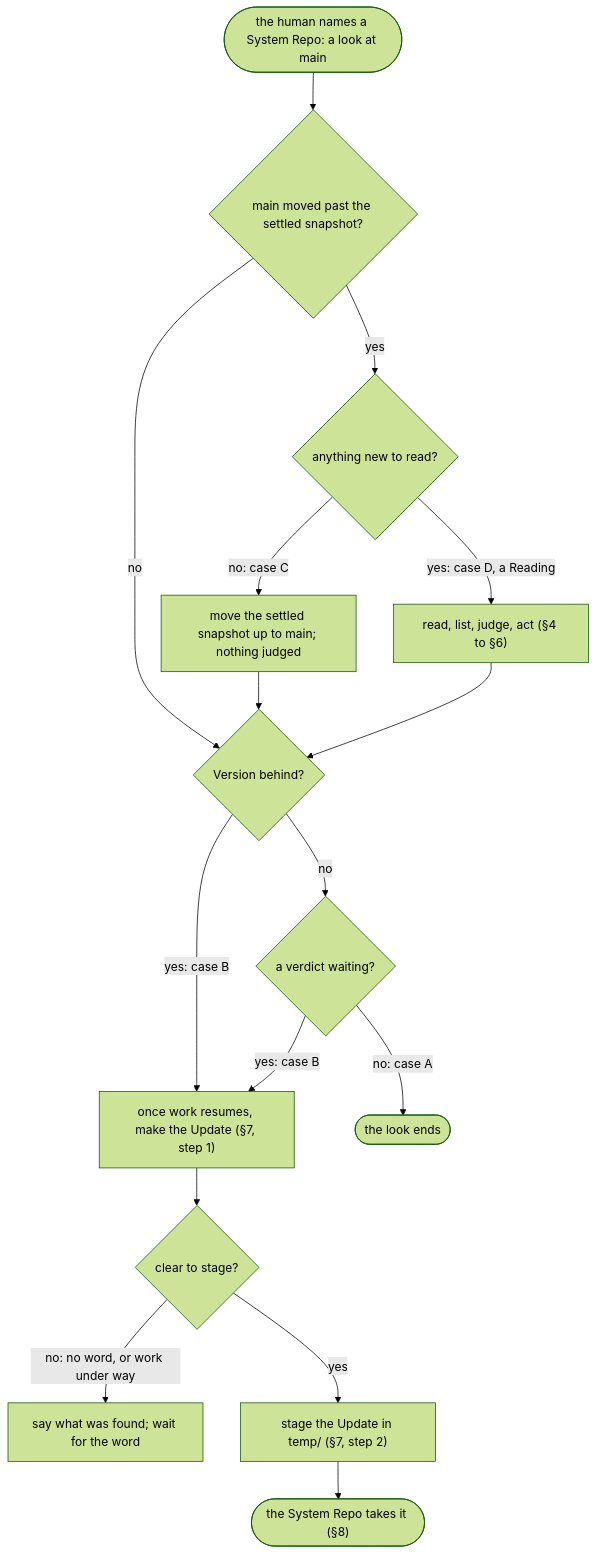
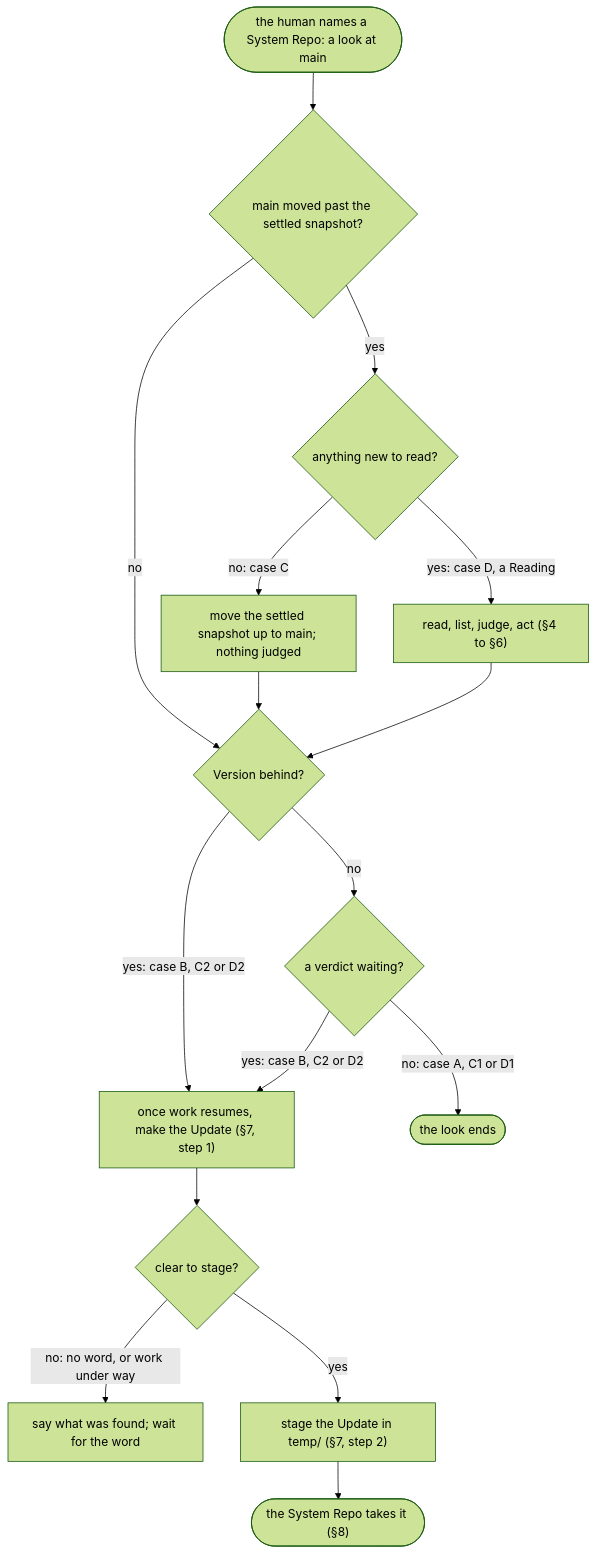
The diagram in temp/common-ground/system-repo-change-flow.md (edgaras87/correctness-by-construction), drawn with Mermaid (forest theme) before and after one commit. The commit also changed other lines of this file and 2 other files, not shown here.

Commit message:
docs: temp's look ends in one of six cases
After case C or D the look asked check 3 again, and so also reached
case A or B, against "one of four cases". The flow file held this
open; the simulation did not.

C and D are each split by check 3's answer: 1, nothing follows; 2,
an Update follows. A and B keep their names, and "C or D" in §8
stays true. In D, check 3 is asked after the Reading is acted on,
since a verdict to send down exists only once judged.

The flow file's look chart names the six endings, its Open note
goes; TODO's drawing item counts six, and records that the case
pictures replace pictures 1 and 2 (the reviewer, 2026-11-20).

````diff
--- a/temp/common-ground/system-repo-change-flow.md
+++ b/temp/common-ground/system-repo-change-flow.md
@@ -215,18 +215,18 @@
 ```mermaid
 flowchart TD
   start(["the human names a System Repo: a look at main"]) --> c1{"main moved past the settled snapshot?"}
   c1 -- yes --> c2{"anything new to read?"}
   c1 -- no --> c3
   c2 -- "no: case C" --> C["move the settled snapshot up to main; nothing judged"]
   c2 -- "yes: case D, a Reading" --> D["read, list, judge, act (§4 to §6)"]
   C --> c3
   D --> c3{"Version behind?"}
-  c3 -- "yes: case B" --> make["once work resumes, make the Update (§7, step 1)"]
+  c3 -- "yes: case B, C2 or D2" --> make["once work resumes, make the Update (§7, step 1)"]
   c3 -- no --> v{"a verdict waiting?"}
-  v -- "yes: case B" --> make
-  v -- "no: case A" --> none(["the look ends"])
+  v -- "yes: case B, C2 or D2" --> make
+  v -- "no: case A, C1 or D1" --> none(["the look ends"])
   make --> ok{"clear to stage?"}
   ok -- "no: no word, or work under way" --> wait["say what was found; wait for the word"]
   ok -- yes --> stage["stage the Update in temp/ (§7, step 2)"]
   stage --> take(["the System Repo takes it (§8)"])
 ```
````
